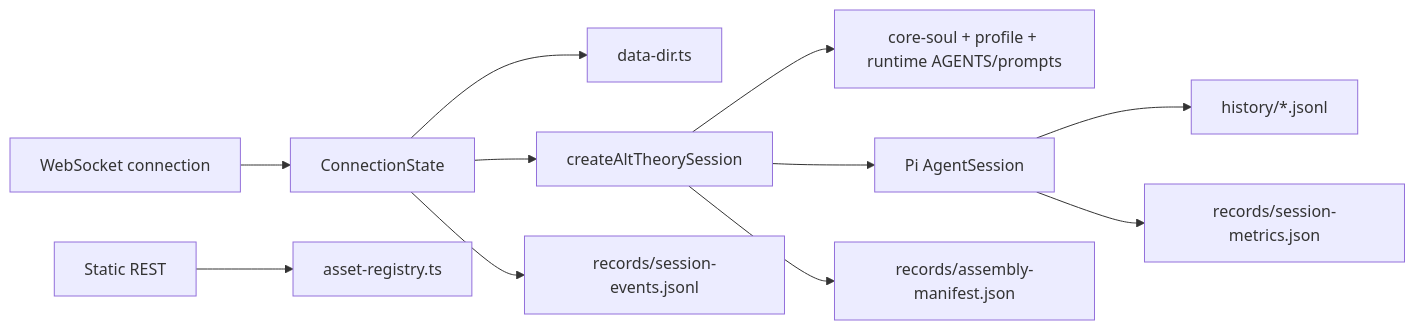
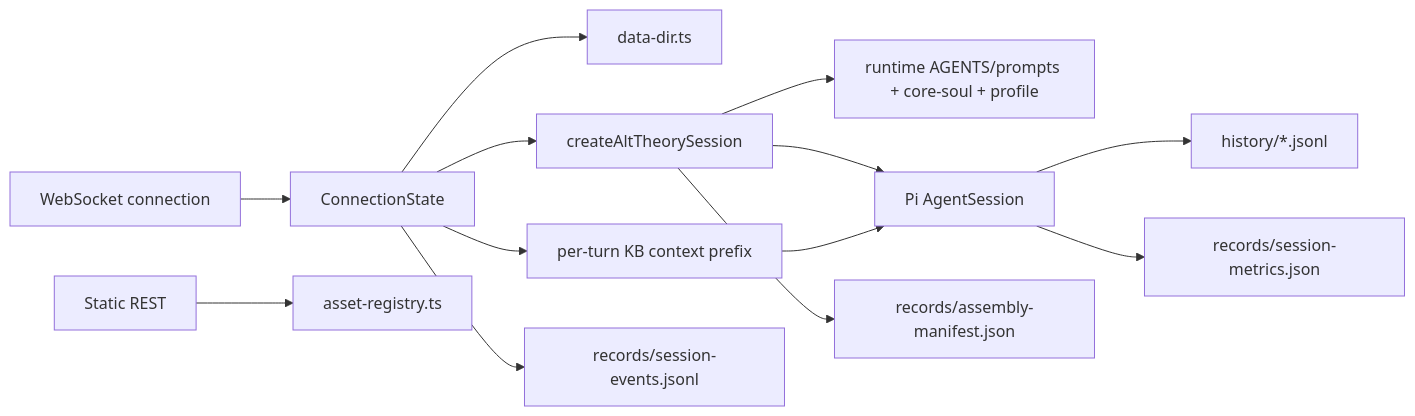
One commit to syuan-research/alt-theory changed the diagram in project/architecture/core-session-engine.md. Above: the diagram before and after it, drawn with Mermaid. The commit also changed other lines of this file and 297 other files, not shown here.

````diff
--- a/project/architecture/core-session-engine.md
+++ b/project/architecture/core-session-engine.md
@@ -32,13 +50,15 @@
 ```mermaid
 flowchart LR
   WS[WebSocket connection] --> State[ConnectionState]
   State --> Dirs[data-dir.ts]
   State --> Core[createAltTheorySession]
-  Core --> Assets[core-soul + profile + runtime AGENTS/prompts]
+  Core --> Assets[runtime AGENTS/prompts + core-soul + profile]
   Core --> Pi[Pi AgentSession]
+  State --> Prefix[per-turn KB context prefix]
+  Prefix --> Pi
   Pi --> JSONL[history/*.jsonl]
   Core --> Manifest[records/assembly-manifest.json]
   Pi --> Metrics[records/session-metrics.json]
   State --> Events[records/session-events.jsonl]
   REST[Static REST] --> Registry[asset-registry.ts]
 ```
````
